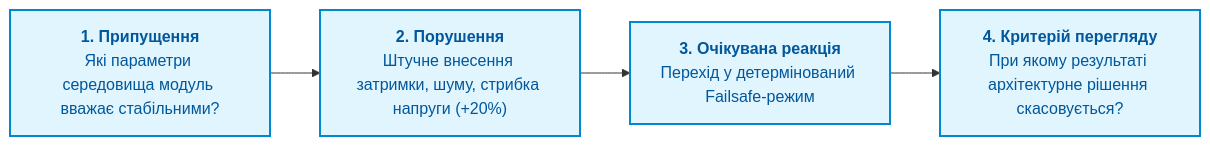
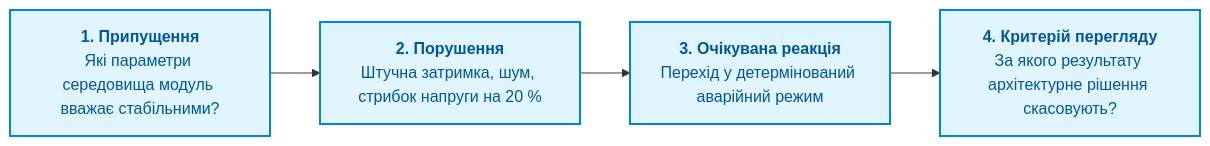
The seventh of 8 diagrams in ExpertSystem/appendix-b-robotics-and-cyber-physical-systems.md (nick-fedchik/articles), drawn with Mermaid before and after one commit. The commit also changed other lines of this file, not shown here.

````diff
--- a/ExpertSystem/appendix-b-robotics-and-cyber-physical-systems.md
+++ b/ExpertSystem/appendix-b-robotics-and-cyber-physical-systems.md
@@ -427,12 +396,12 @@
 ```mermaid
 flowchart LR
     accTitle: Чотири кроки перевірки припущень на стиках підсистем
     accDescr: Етапи від фіксації припущення через збурення та очікувану реакцію до критерію перегляду архітектури.
 
-    A["<b>1. Припущення</b><br/>Які параметри середовища модуль вважає стабільними?"] --> B["<b>2. Порушення</b><br/>Штучне внесення затримки, шуму, стрибка напруги (+20%)"]
-    B --> C["<b>3. Очікувана реакція</b><br/>Перехід у детермінований Failsafe-режим"]
-    C --> D["<b>4. Критерій перегляду</b><br/>При якому результаті архітектурне рішення скасовується?"]
+    A["<b>1. Припущення</b><br/>Які параметри середовища модуль вважає стабільними?"] --> B["<b>2. Порушення</b><br/>Штучна затримка, шум, стрибок напруги на 20 %"]
+    B --> C["<b>3. Очікувана реакція</b><br/>Перехід у детермінований аварійний режим"]
+    C --> D["<b>4. Критерій перегляду</b><br/>За якого результату архітектурне рішення скасовують?"]
 
     classDef step fill:#e1f5fe,stroke:#0288d1,stroke-width:2px,color:#01579b;
     class A,B,C,D step;
 ```
````
